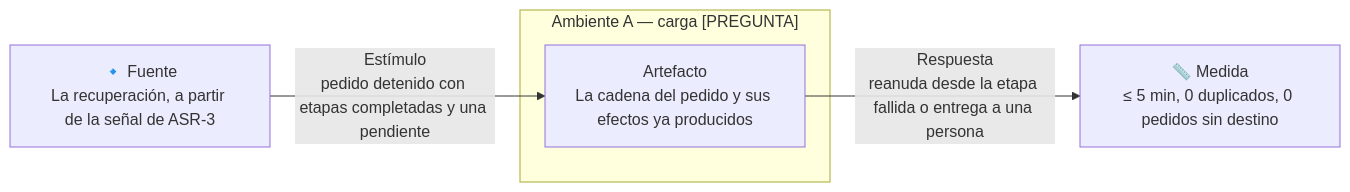
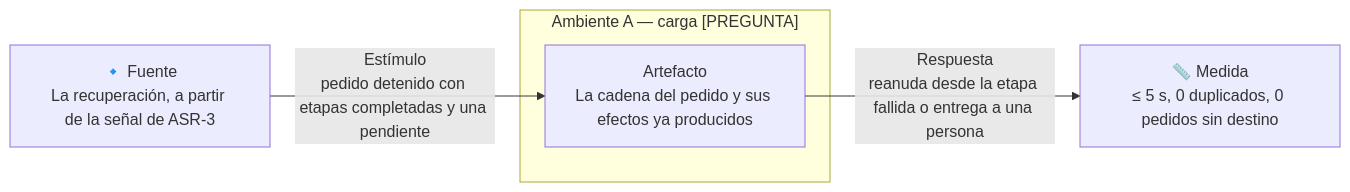
Before and after one commit to MATI-MBIT/arqsoft-reto-2: the fourth of 4 diagrams in docs/quality-attributes.md, drawn with Mermaid. The commit also changed other lines of this file and 3 other files, not shown here.

````diff
--- a/docs/quality-attributes.md
+++ b/docs/quality-attributes.md
@@ -160,9 +160,9 @@
 ```mermaid
 flowchart LR
     F["🔹 Fuente<br/>La recuperación, a partir de la señal de ASR-3"]
     F -- "Estímulo<br/>pedido detenido con etapas completadas y una pendiente" --> A
     subgraph AMB["Ambiente A — carga [PREGUNTA]"]
         A["Artefacto<br/>La cadena del pedido y sus efectos ya producidos"]
     end
-    A -- "Respuesta<br/>reanuda desde la etapa fallida o entrega a una persona" --> M["📏 Medida<br/>≤ 5 min, 0 duplicados, 0 pedidos sin destino"]
+    A -- "Respuesta<br/>reanuda desde la etapa fallida o entrega a una persona" --> M["📏 Medida<br/>≤ 5 s, 0 duplicados, 0 pedidos sin destino"]
 ```
````
